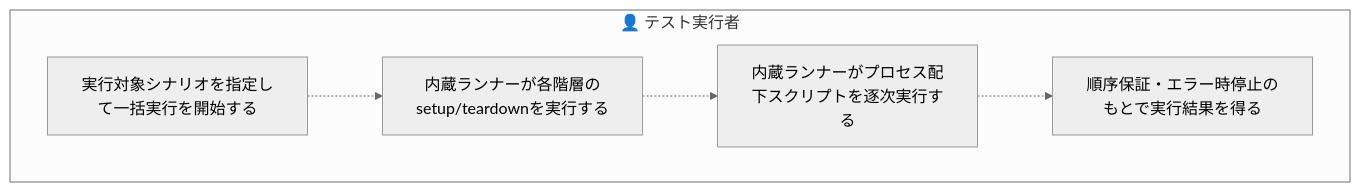
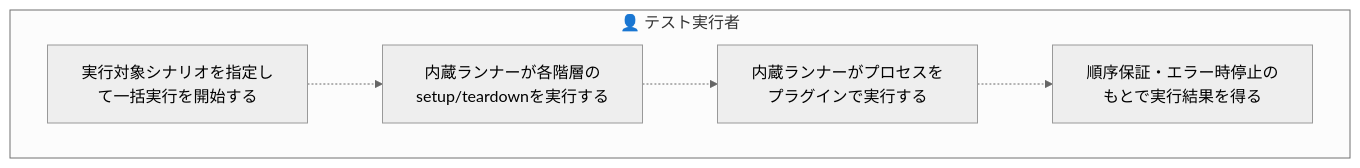
One commit to scenario-test-framework/stfw changed the seventh of 8 diagrams in docs/rdra/latest/views/03_業務フロー.md. Above: the diagram before and after it, drawn with Mermaid (neutral theme). The commit also changed other lines of this file and 24 other files, not shown here.

````diff
--- a/docs/rdra/latest/views/03_業務フロー.md
+++ b/docs/rdra/latest/views/03_業務フロー.md
@@ -167,12 +170,12 @@
 ```mermaid
 graph TD
   subgraph LN1["👤 テスト実行者"]
     AT1["実行対象シナリオを指定して一括実行を開始する"]
     AT2["内蔵ランナーが各階層のsetup/teardownを実行する"]
-    AT3["内蔵ランナーがプロセス配下スクリプトを逐次実行する"]
+    AT3["内蔵ランナーがプロセスをプラグインで実行する"]
     AT4["順序保証・エラー時停止のもとで実行結果を得る"]
   end
   AT1 -.-> AT2
   AT2 -.-> AT3
   AT3 -.-> AT4
 ```
````
